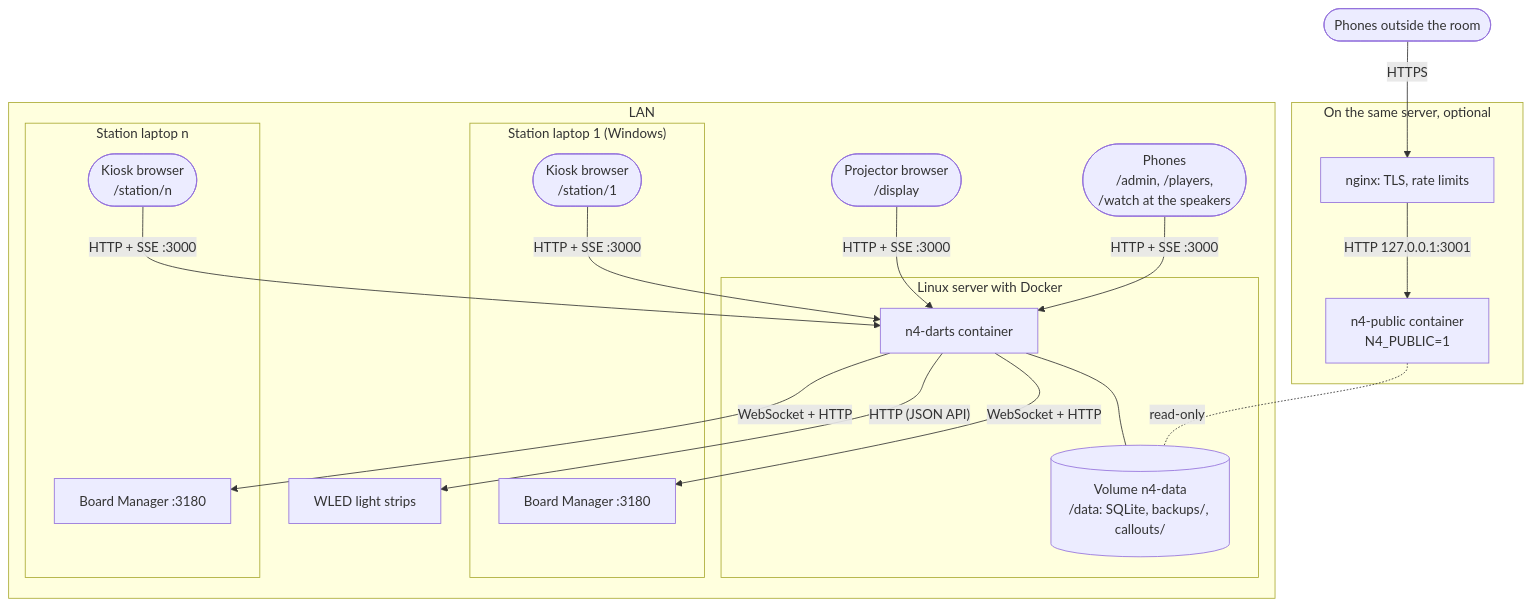
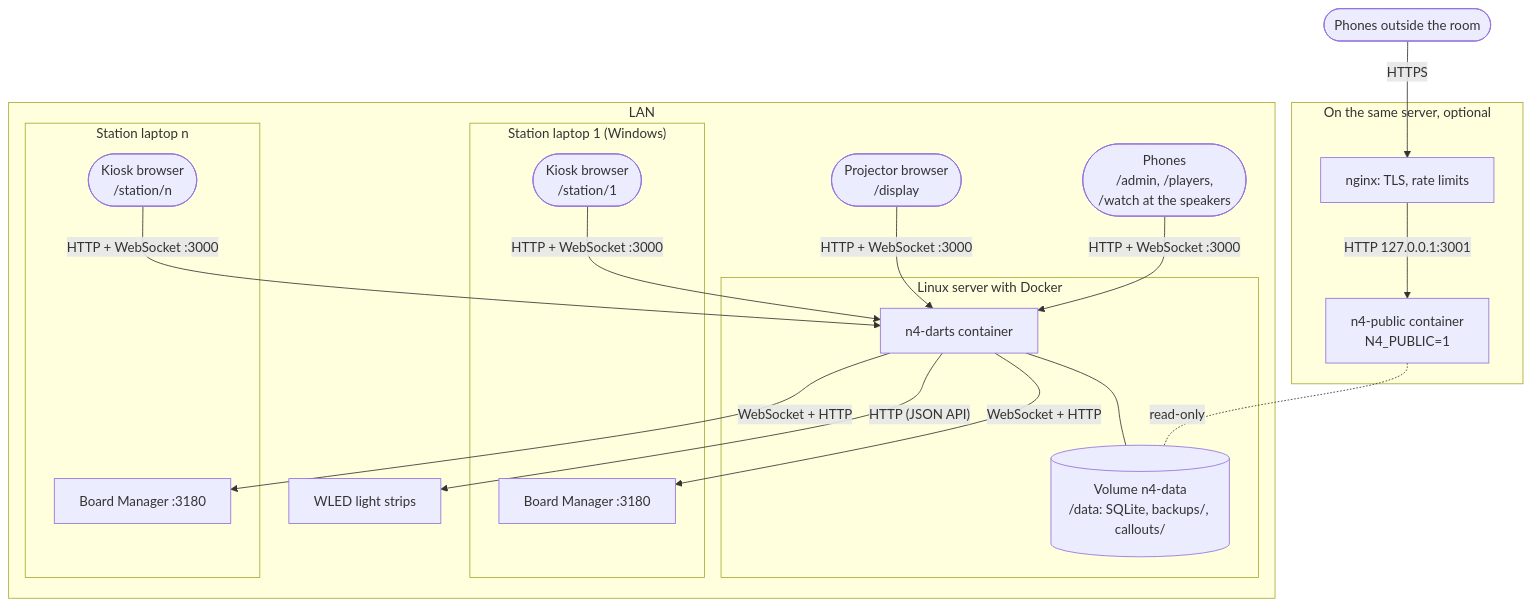
One commit to sverbach/n4-darts changed the diagram in docs/architecture/07-deployment-view.md. Above: the diagram before and after it, drawn with Mermaid. The commit also changed other lines of this file and 12 other files, not shown here.

Commit message:
Live views over WebSockets in the docs: ADR 0011, README proxy note, OPS-04, architecture and glossary (live-websockets 03)

````diff
--- a/docs/architecture/07-deployment-view.md
+++ b/docs/architecture/07-deployment-view.md
@@ -5,34 +5,34 @@
 ```mermaid
 flowchart TB
     subgraph lan["LAN"]
         subgraph server["Linux server with Docker"]
             container["n4-darts container<br/>"]
             volume[("Volume n4-data<br/>/data: SQLite, backups/, callouts/")]
             container --- volume
         end
         subgraph laptop1["Station laptop 1 (Windows)"]
             bm1["Board Manager :3180"]
             kiosk1(["Kiosk browser<br/>/station/1"])
         end
         subgraph laptopN["Station laptop n"]
             bmN["Board Manager :3180"]
             kioskN(["Kiosk browser<br/>/station/n"])
         end
         projector(["Projector browser<br/>/display"])
         wled["WLED light strips"]
         phones(["Phones<br/>/admin, /players,<br/>/watch at the speakers"])
     end
     subgraph home["On the same server, optional"]
         nginx["nginx: TLS, rate limits"]
         public["n4-public container<br/>N4_PUBLIC=1"]
     end
     internet(["Phones outside the room"])
 
     internet -- "HTTPS" --> nginx -- "HTTP 127.0.0.1:3001" --> public
     public -. "read-only" .- volume
 
     container -- "HTTP (JSON API)" --> wled
     container -- "WebSocket + HTTP" --> bm1
     container -- "WebSocket + HTTP" --> bmN
-    kiosk1 & kioskN & projector & phones -- "HTTP + SSE :3000" --> container
+    kiosk1 & kioskN & projector & phones -- "HTTP + WebSocket :3000" --> container
 ```
````
